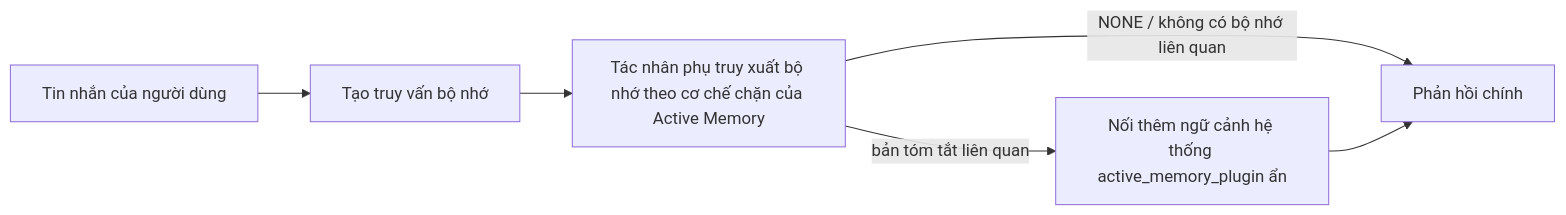
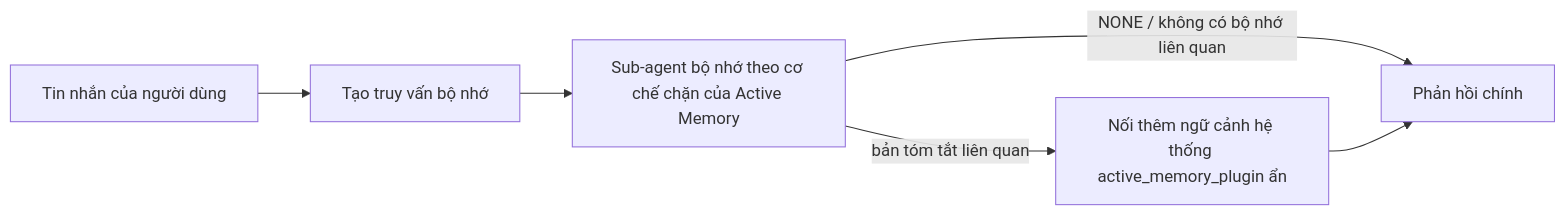
One commit to openclaw/docs changed the diagram in docs/vi/concepts/active-memory.md. Above: the diagram before and after it, drawn with Mermaid. The commit also changed other lines of this file and 1235 other files, not shown here.

````diff
--- a/docs/vi/concepts/active-memory.md
+++ b/docs/vi/concepts/active-memory.md
@@ -84,8 +131,8 @@
 ```mermaid
 flowchart LR
   U["Tin nhắn của người dùng"] --> Q["Tạo truy vấn bộ nhớ"]
-  Q --> R["Tác nhân phụ truy xuất bộ nhớ theo cơ chế chặn của Active Memory"]
+  Q --> R["Sub-agent bộ nhớ theo cơ chế chặn của Active Memory"]
   R -->|NONE / không có bộ nhớ liên quan| M["Phản hồi chính"]
   R -->|bản tóm tắt liên quan| I["Nối thêm ngữ cảnh hệ thống active_memory_plugin ẩn"]
   I --> M["Phản hồi chính"]
 ```
````
